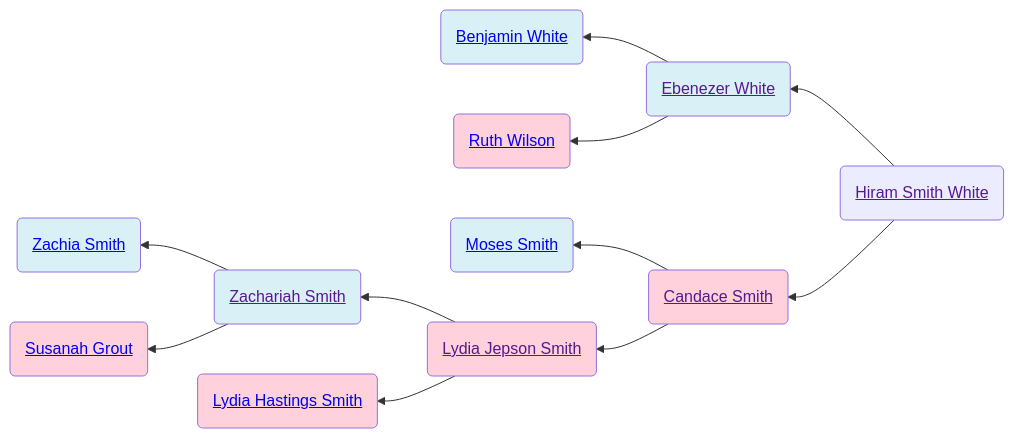
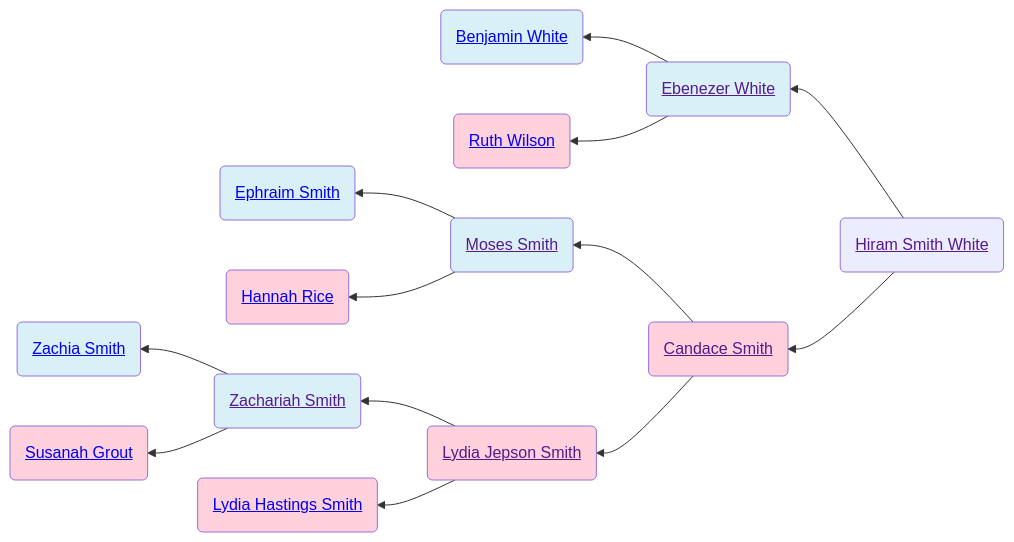
One commit to neelsmith/avocational changed the diagram in familyhistory/sources/people/Merrill-line/White-line/Hiram_Smith_White.qmd. Above: the diagram before and after it, drawn with Mermaid. The commit also changed other lines of this file and 92 other files, not shown here.

````diff
--- a/familyhistory/sources/people/Merrill-line/White-line/Hiram_Smith_White.qmd
+++ b/familyhistory/sources/people/Merrill-line/White-line/Hiram_Smith_White.qmd
@@ -19,27 +19,31 @@
 ```{mermaid}
 graph RL
 Hiram_Smith_White(<a href=''>Hiram Smith White</>) -->  Ebenezer_White(<a href='./Ebenezer_White.html'>Ebenezer White</>)
 Ebenezer_White(<a href=''>Ebenezer White</>) -->  Benjamin_White(<a href='./Benjamin_White.html'>Benjamin White</>)
 class Benjamin_White father
 Ebenezer_White(<a href=''>Ebenezer White</>)  --> Ruth_Wilson(<a href='./Wilson-line/Ruth_Wilson.html'>Ruth Wilson</>)
 class Ruth_Wilson mother
 class Ebenezer_White father
 Hiram_Smith_White(<a href=''>Hiram Smith White</>)  --> Candace_Smith(<a href='./Candace-Smith-line/Candace_Smith.html'>Candace Smith</>)
 Candace_Smith(<a href=''>Candace Smith</>) -->  Moses_Smith(<a href='./../../../Moses_Smith_connections/Moses_Smith.html'>Moses Smith</>)
+Moses_Smith(<a href=''>Moses Smith</>) -->  Ephraim_Smith(<a href='./../Merrill-line/White-line/Candace-Smith-line/Ephraim_Smith.html'>Ephraim Smith</>)
+class Ephraim_Smith father
+Moses_Smith(<a href=''>Moses Smith</>)  --> Hannah_Rice(<a href='./../Merrill-line/White-line/Candace-Smith-line/Hannah_Rice.html'>Hannah Rice</>)
+class Hannah_Rice mother
 class Moses_Smith father
 Candace_Smith(<a href=''>Candace Smith</>)  --> Lydia_Jepson_Smith(<a href='./Lydia_Jepson_Smith.html'>Lydia Jepson Smith</>)
 Lydia_Jepson_Smith(<a href=''>Lydia Jepson Smith</>) -->  Zachariah_Smith(<a href='./Zachariah_Smith.html'>Zachariah Smith</>)
 Zachariah_Smith(<a href=''>Zachariah Smith</>) -->  Zachia_Smith(<a href='./../../Zachia_Smith.html'>Zachia Smith</>)
 class Zachia_Smith father
 Zachariah_Smith(<a href=''>Zachariah Smith</>)  --> Susanah_Grout(<a href='./../../Susanah_Grout.html'>Susanah Grout</>)
 class Susanah_Grout mother
 class Zachariah_Smith father
 Lydia_Jepson_Smith(<a href=''>Lydia Jepson Smith</>)  --> Lydia_Hastings_Smith(<a href='./Lydia_Hastings_Smith.html'>Lydia Hastings Smith</>)
 class Lydia_Hastings_Smith mother
 class Lydia_Jepson_Smith mother
 class Candace_Smith mother
 classDef mother fill:#ffd1dc
 classDef father fill:#daf0f7  
 classDef marriage fill:#ffffff
 
 ```
````
